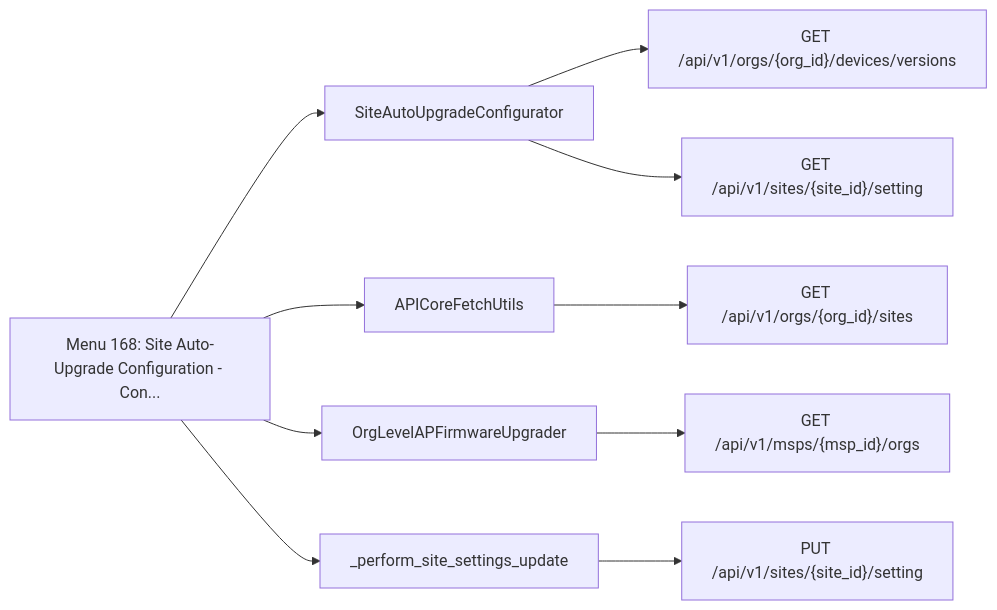
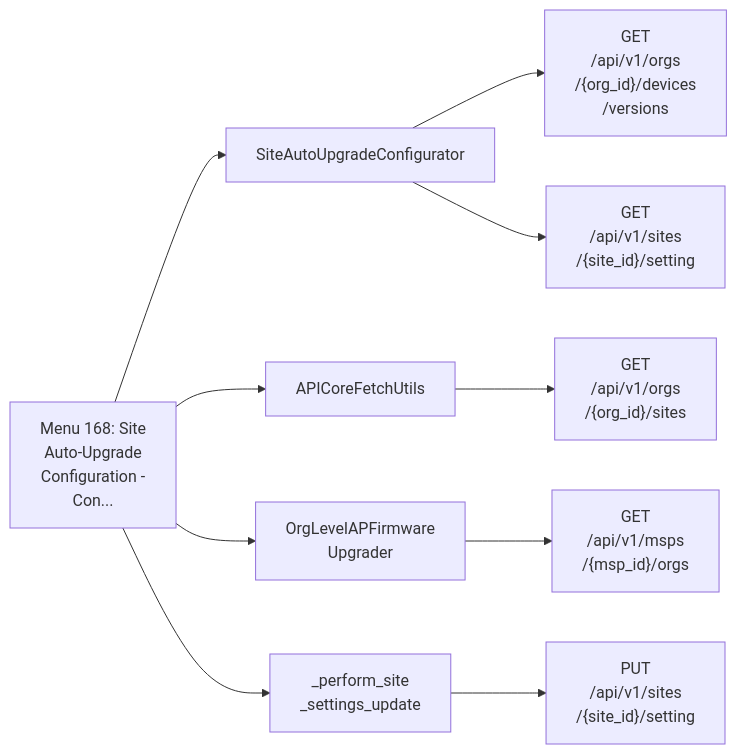
Diagram 16 of 41 in documentation/menu-api/destructive.md (jmorrison-juniper/MistHelper), drawn with Mermaid before and after one commit. The commit also changed other lines of this file and 19 other files, not shown here.

First line of the commit message:
docs(menu-api): fit the Mermaid diagrams to the wiki column

````diff
--- a/documentation/menu-api/destructive.md
+++ b/documentation/menu-api/destructive.md
@@ -659,13 +458,13 @@
 ```mermaid
 flowchart LR
-    menu["Menu 168: Site Auto-Upgrade Configuration - Con..."]
+    menu["Menu 168: Site<br/>Auto-Upgrade<br/>Configuration -<br/>Con..."]
     menu --> c1["SiteAutoUpgradeConfigurator"]
-    c1 --> e1["GET /api/v1/orgs/{org_id}/devices/versions"]
-    c1 --> e2["GET /api/v1/sites/{site_id}/setting"]
+    c1 --> e1["GET<br/>/api/v1/orgs<br/>/{org_id}/devices<br/>/versions"]
+    c1 --> e2["GET<br/>/api/v1/sites<br/>/{site_id}/setting"]
     menu --> c2["APICoreFetchUtils"]
-    c2 --> e3["GET /api/v1/orgs/{org_id}/sites"]
-    menu --> c3["OrgLevelAPFirmwareUpgrader"]
-    c3 --> e4["GET /api/v1/msps/{msp_id}/orgs"]
-    menu --> c4["_perform_site_settings_update"]
-    c4 --> e5["PUT /api/v1/sites/{site_id}/setting"]
+    c2 --> e3["GET<br/>/api/v1/orgs<br/>/{org_id}/sites"]
+    menu --> c3["OrgLevelAPFirmware<br/>Upgrader"]
+    c3 --> e4["GET<br/>/api/v1/msps<br/>/{msp_id}/orgs"]
+    menu --> c4["_perform_site<br/>_settings_update"]
+    c4 --> e5["PUT<br/>/api/v1/sites<br/>/{site_id}/setting"]
 ```
````
